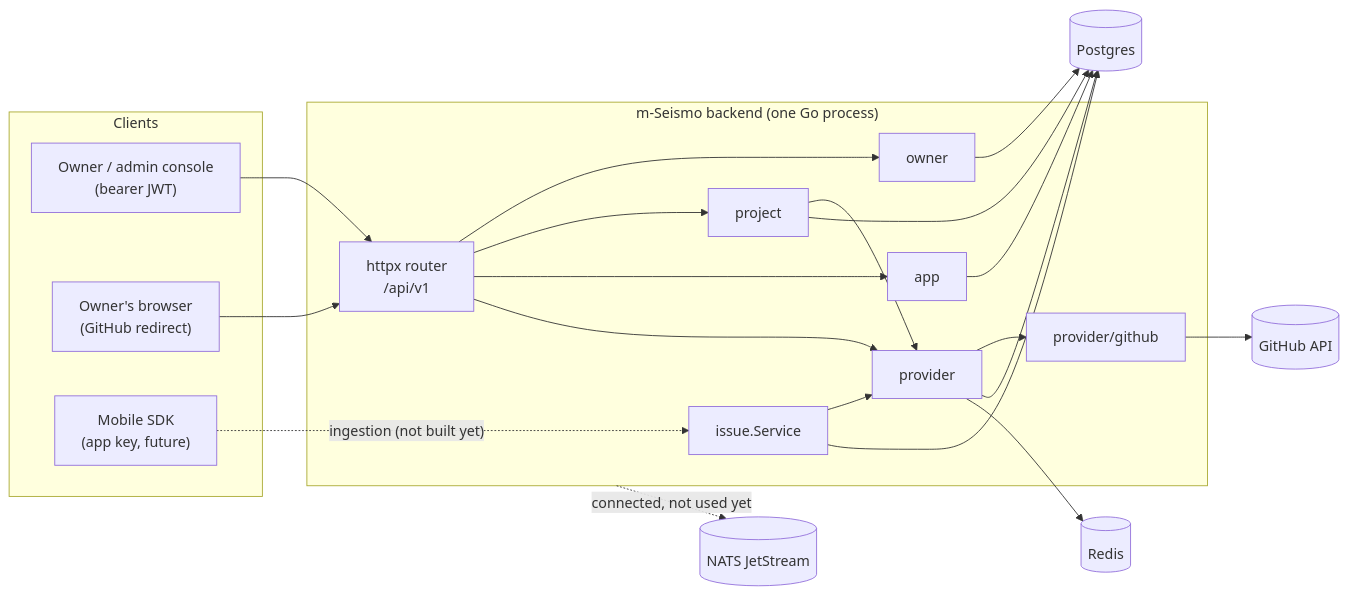
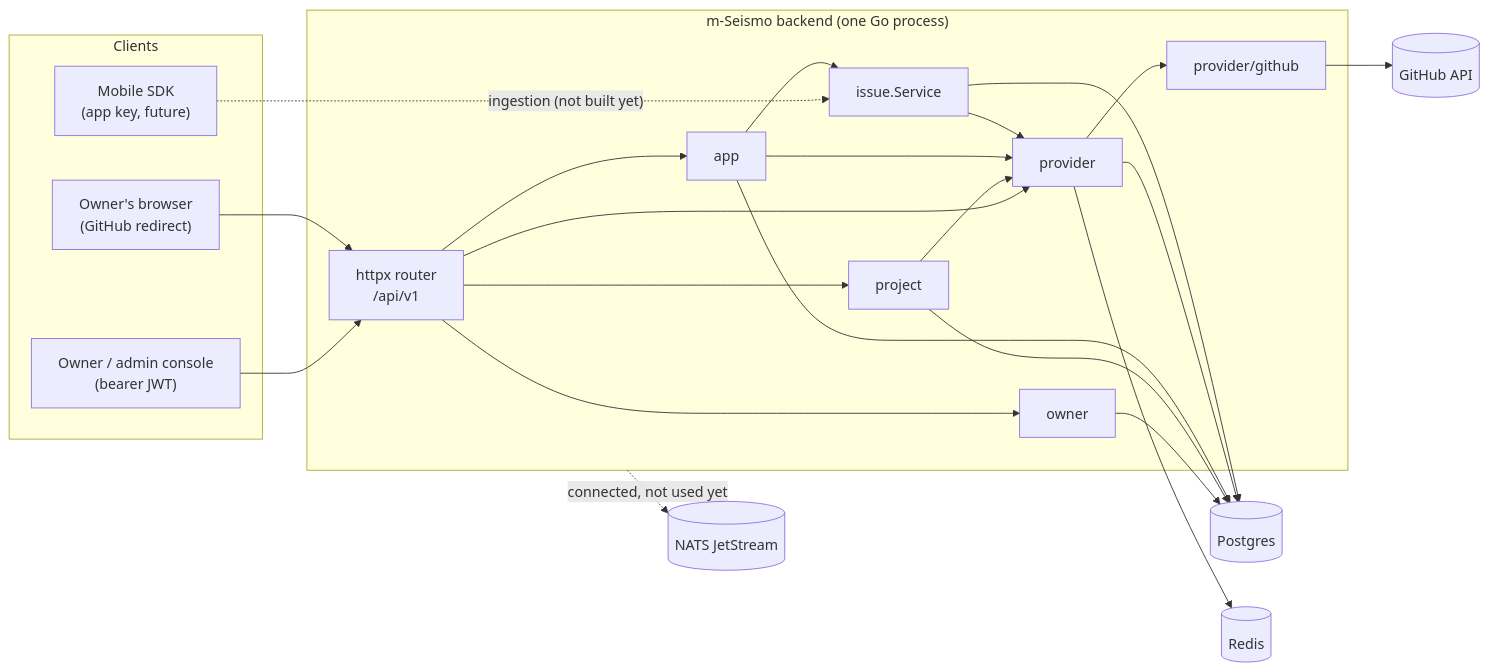
The first of 3 diagrams in backend/docs/architecture.md (MicroClub-USTHB/m-Seismo), drawn with Mermaid before and after one commit. The commit also changed other lines of this file and 12 other files, not shown here.

````diff
--- a/backend/docs/architecture.md
+++ b/backend/docs/architecture.md
@@ -23,35 +23,36 @@
 ```mermaid
 flowchart LR
     subgraph Clients
         Admin["Owner / admin console<br/>(bearer JWT)"]
         Browser["Owner's browser<br/>(GitHub redirect)"]
         SDK["Mobile SDK<br/>(app key, future)"]
     end
 
     subgraph Backend["m-Seismo backend (one Go process)"]
         Router["httpx router<br/>/api/v1"]
         Owner["owner"]
         Project["project"]
         App["app"]
         Provider["provider"]
         GH["provider/github"]
         Issue["issue.Service"]
     end
 
     PG[(Postgres)]
     Redis[(Redis)]
     NATS[(NATS JetStream)]
     GitHub[(GitHub API)]
 
     Admin --> Router
     Browser --> Router
     SDK -. "ingestion (not built yet)" .-> Issue
     Router --> Owner & Project & App & Provider
     Project --> Provider
+    App --> Provider & Issue
     Provider --> GH
     Issue --> Provider
     GH --> GitHub
     Owner & Project & App & Provider & Issue --> PG
     Provider --> Redis
     Backend -. "connected, not used yet" .-> NATS
 ```
````
